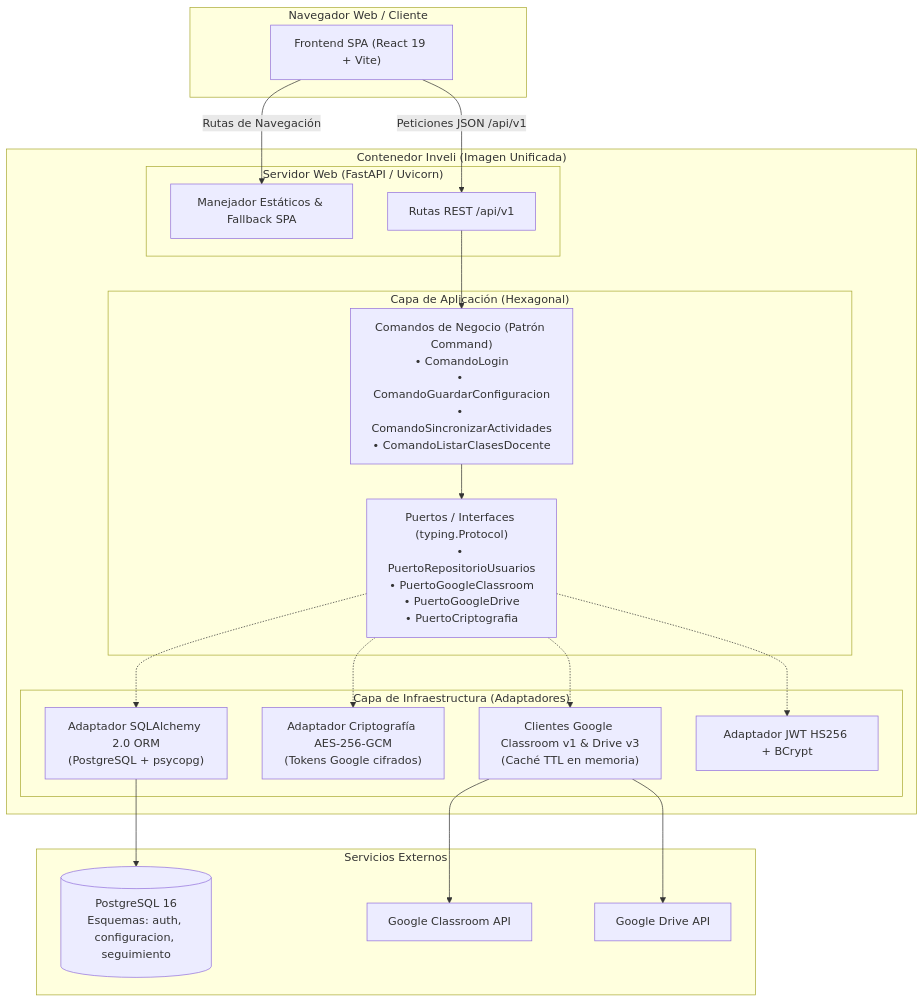
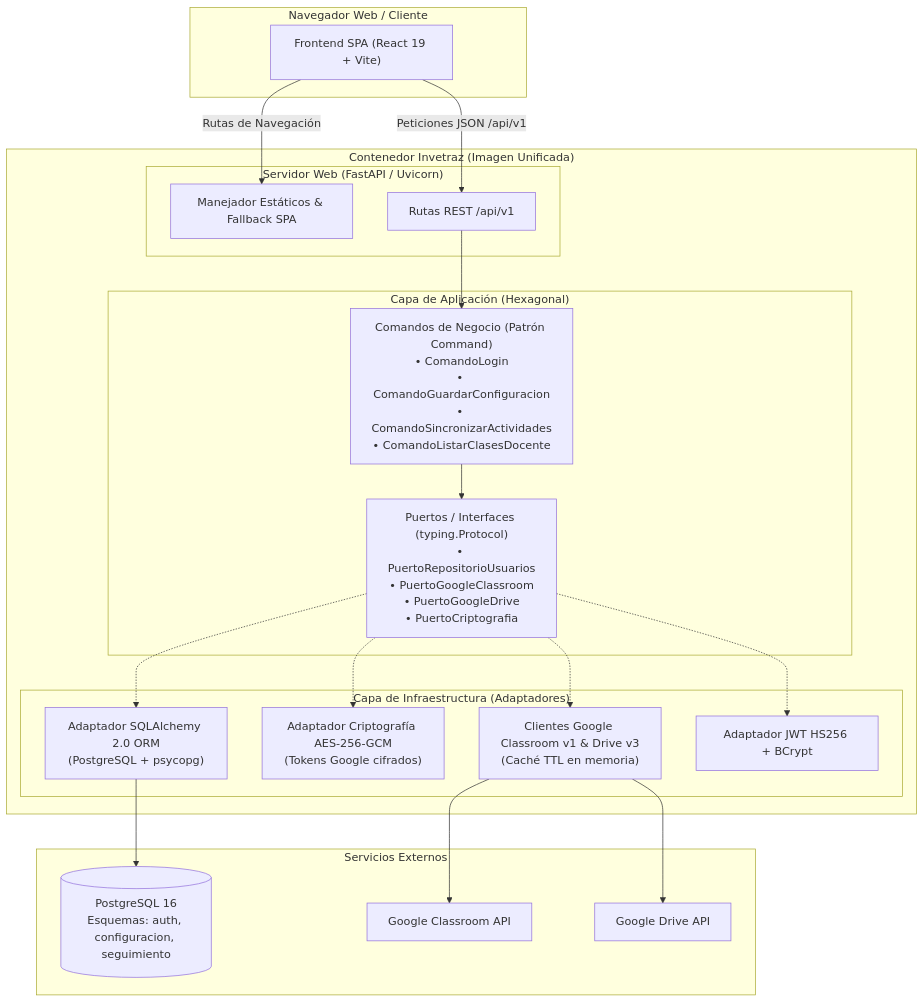
The diagram in README.md (iamrodrigodev/invetraz), drawn with Mermaid before and after one commit. The commit also changed other lines of this file and 333 other files, not shown here.

````diff
--- a/README.md
+++ b/README.md
@@ -20,43 +20,43 @@
 ```mermaid
 flowchart TD
     subgraph Cliente["Navegador Web / Cliente"]
         SPA["Frontend SPA (React 19 + Vite)"]
     end
 
-    subgraph ContenedorInveli["Contenedor Inveli (Imagen Unificada)"]
+    subgraph ContenedorInvetraz["Contenedor Invetraz (Imagen Unificada)"]
         subgraph ServidorHTTP["Servidor Web (FastAPI / Uvicorn)"]
             StaticServer["Manejador Estáticos & Fallback SPA"]
             APIEnrutador["Rutas REST /api/v1"]
         end
 
         subgraph CapaAplicacion["Capa de Aplicación (Hexagonal)"]
             Comandos["Comandos de Negocio (Patrón Command)\n• ComandoLogin\n• ComandoGuardarConfiguracion\n• ComandoSincronizarActividades\n• ComandoListarClasesDocente"]
             Puertos["Puertos / Interfaces (typing.Protocol)\n• PuertoRepositorioUsuarios\n• PuertoGoogleClassroom\n• PuertoGoogleDrive\n• PuertoCriptografia"]
         end
 
         subgraph CapaInfraestructura["Capa de Infraestructura (Adaptadores)"]
             SQLAlchemy["Adaptador SQLAlchemy 2.0 ORM\n(PostgreSQL + psycopg)"]
             CriptoAES["Adaptador Criptografía AES-256-GCM\n(Tokens Google cifrados)"]
             AdaptadorGoogle["Clientes Google Classroom v1 & Drive v3\n(Caché TTL en memoria)"]
             SeguridadJWT["Adaptador JWT HS256 + BCrypt"]
         end
     end
 
     subgraph ServiciosExternos["Servicios Externos"]
         PG[(PostgreSQL 16\nEsquemas: auth, configuracion, seguimiento)]
         GClassroom["Google Classroom API"]
         GDrive["Google Drive API"]
     end
 
     SPA -->|Rutas de Navegación| StaticServer
     SPA -->|Peticiones JSON /api/v1| APIEnrutador
     APIEnrutador --> Comandos
     Comandos --> Puertos
     Puertos -.-> SQLAlchemy
     Puertos -.-> CriptoAES
     Puertos -.-> AdaptadorGoogle
     Puertos -.-> SeguridadJWT
     SQLAlchemy --> PG
     AdaptadorGoogle --> GClassroom
     AdaptadorGoogle --> GDrive
 ```
````
